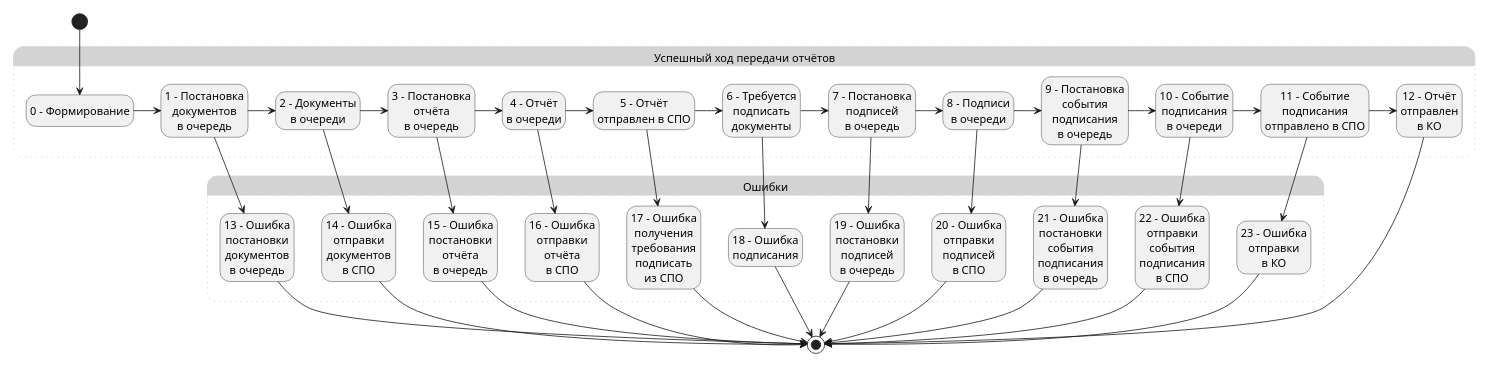
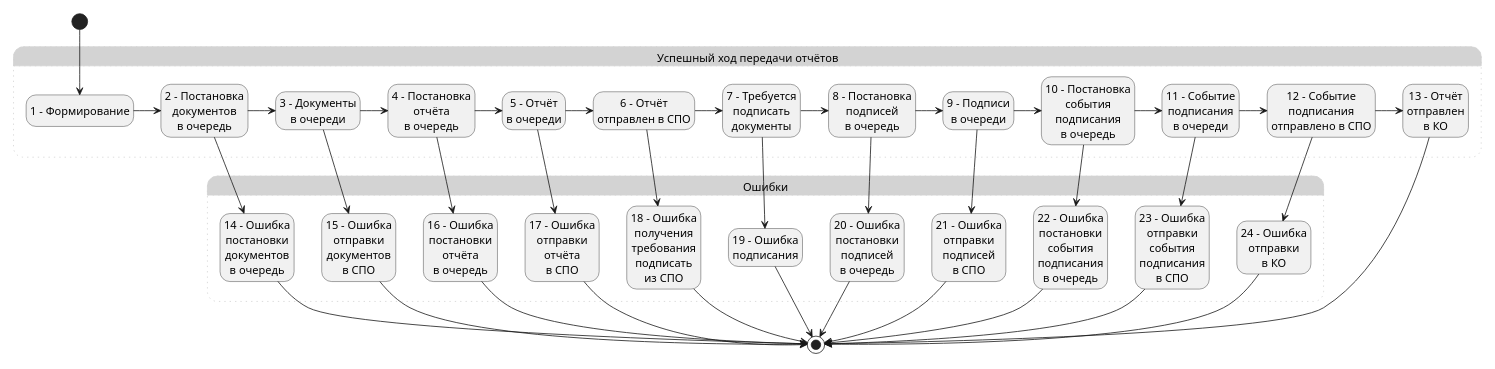
Before and after one commit to citpb/platform-astral-schemes: the diagram in udo_plojd_statuses_out.puml, drawn with PlantUML.

Commit message:
Update udo_plojd_statuses_out.puml
Смещена нумерация статусов на единицу.

```diff
--- a/udo_plojd_statuses_out.puml
+++ b/udo_plojd_statuses_out.puml
@@ -1,85 +1,85 @@
 @startuml
 scale 100 width
 scale 260 height
 
 hide empty description
 state "Успешный ход передачи отчётов" as Saccess #LightGray;line.dotted;line:LightGray {
-    state "0 – Формирование" as State0
-    state "1 - Постановка\nдокументов\nв очередь" as State1
-    state "2 - Документы\nв очереди" as State2
-    state "3 - Постановка\nотчёта\nв очередь" as State3
-    state "4 - Отчёт\nв очереди" as State4
-    state "5 - Отчёт\nотправлен в СПО" as State5
-    state "6 - Требуется\nподписать\nдокументы" as State6
-    state "7 - Постановка\nподписей\nв очередь" as State7
-    state "8 - Подписи\nв очереди" as State8
-    state "9 - Постановка\nсобытия\nподписания\nв очередь" as State9
-    state "10 - Событие\nподписания\nв очереди" as State10
-    state "11 - Событие\nподписания\nотправлено в СПО" as State11   
-    state "12 - Отчёт\nотправлен\nв КО" as State12
+    state "1 – Формирование" as State1
+    state "2 - Постановка\nдокументов\nв очередь" as State2
+    state "3 - Документы\nв очереди" as State3
+    state "4 - Постановка\nотчёта\nв очередь" as State4
+    state "5 - Отчёт\nв очереди" as State5
+    state "6 - Отчёт\nотправлен в СПО" as State6
+    state "7 - Требуется\nподписать\nдокументы" as State7
+    state "8 - Постановка\nподписей\nв очередь" as State8
+    state "9 - Подписи\nв очереди" as State9
+    state "10 - Постановка\nсобытия\nподписания\nв очередь" as State10
+    state "11 - Событие\nподписания\nв очереди" as State11
+    state "12 - Событие\nподписания\nотправлено в СПО" as State12  
+    state "13 - Отчёт\nотправлен\nв КО" as State13
 }
 state "Ошибки" as Errors #LightGray;line.dotted;line:LightGray {
-    state "13 - Ошибка\nпостановки\nдокументов\nв очередь" as State13
-    state "14 - Ошибка\nотправки\nдокументов\nв СПО" as State14
-    state "15 - Ошибка\nпостановки\nотчёта\nв очередь" as State15
-    state "16 - Ошибка\nотправки\nотчёта\nв СПО" as State16  
-    state "17 - Ошибка\nполучения\nтребования\nподписать\nиз СПО" as State17
-    state "18 - Ошибка\nподписания" as State18
-    state "19 - Ошибка\nпостановки\nподписей\nв очередь" as State19
-    state "20 - Ошибка\nотправки\nподписей\nв СПО" as State20
-    state "21 - Ошибка\nпостановки\nсобытия\nподписания\nв очередь" as State21
-    state "22 - Ошибка\nотправки\nсобытия\nподписания\nв СПО" as State22
-    state "23 - Ошибка\nотправки\nв КО" as State23
+    state "14 - Ошибка\nпостановки\nдокументов\nв очередь" as State14
+    state "15 - Ошибка\nотправки\nдокументов\nв СПО" as State15
+    state "16 - Ошибка\nпостановки\nотчёта\nв очередь" as State16
+    state "17 - Ошибка\nотправки\nотчёта\nв СПО" as State17
+    state "18 - Ошибка\nполучения\nтребования\nподписать\nиз СПО" as State18
+    state "19 - Ошибка\nподписания" as State19
+    state "20 - Ошибка\nпостановки\nподписей\nв очередь" as State20
+    state "21 - Ошибка\nотправки\nподписей\nв СПО" as State21
+    state "22 - Ошибка\nпостановки\nсобытия\nподписания\nв очередь" as State22
+    state "23 - Ошибка\nотправки\nсобытия\nподписания\nв СПО" as State23
+    state "24 - Ошибка\nотправки\nв КО" as State24
 }
 
-[*] --> State0
-State0 -> State1
-
+[*] --> State1
 State1 -> State2
-State1 --> State13
 
 State2 -> State3
 State2 --> State14
 
 State3 -> State4
 State3 --> State15
 
 State4 -> State5
 State4 --> State16
 
 State5 -> State6
 State5 --> State17
 
 State6 -> State7
 State6 --> State18
 
 State7 -> State8
 State7 --> State19
 
 State8 -> State9
 State8 --> State20
 
 State9 -> State10
 State9 --> State21
 
 State10 -> State11
 State10 --> State22
 
 State11 -> State12
 State11 --> State23
 
-State13  --> [*]
+State12 -> State13
+State12 --> State24
+
 State14  --> [*]
-State15 --> [*]
+State15  --> [*]
 State16 --> [*]
 State17 --> [*]
 State18 --> [*]
-State19  --> [*]
+State19 --> [*]
 State20  --> [*]
-State21 --> [*]
+State21  --> [*]
 State22 --> [*]
 State23 --> [*]
+State24 --> [*]
 
-State12 --> [*]
+State13 --> [*]
 
 @enduml
```
